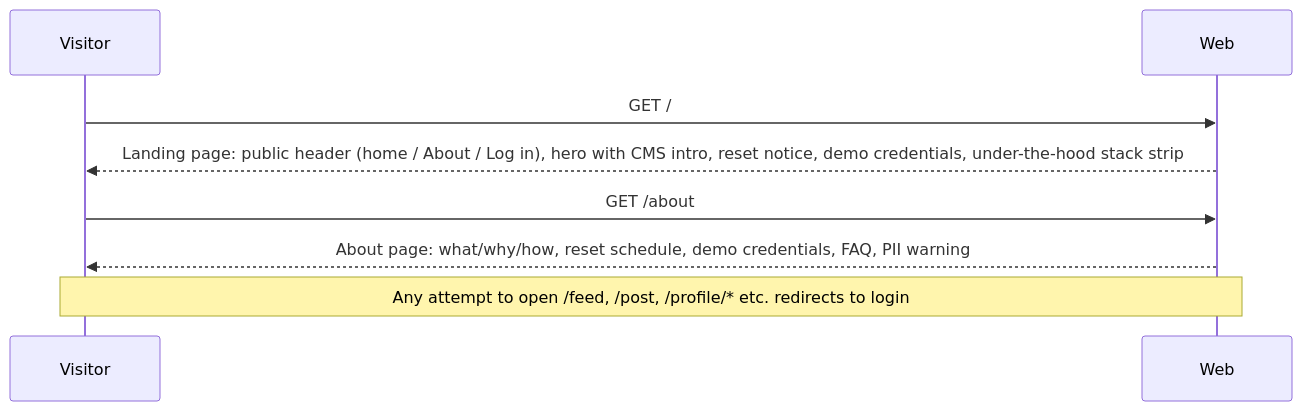
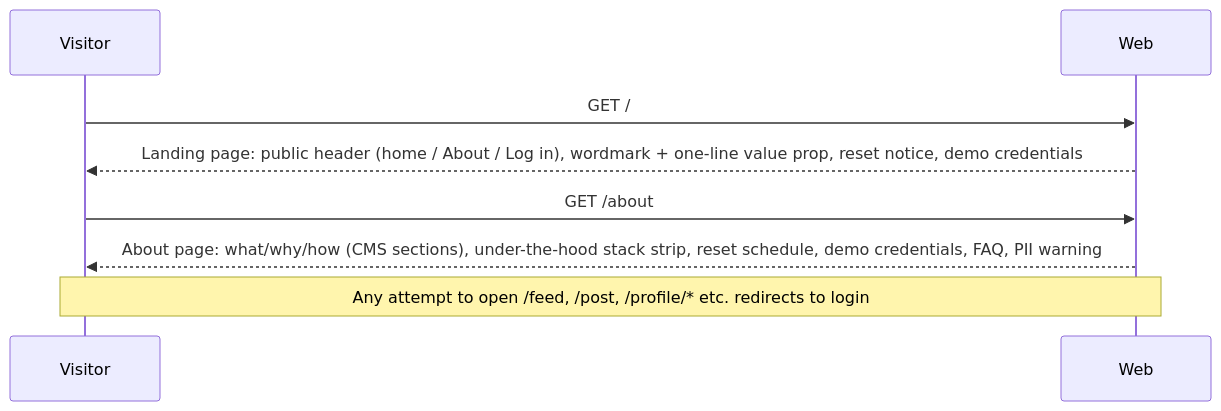
One commit to jdc-projects/xitter changed the first of 10 diagrams in docs/specs/product/03-user-flows.md. Above: the diagram before and after it, drawn with Mermaid. The commit also changed 31 other files, not shown here.

First line of the commit message:
feat(web,cms): landing/About content consolidation (#153)

````diff
--- a/docs/specs/product/03-user-flows.md
+++ b/docs/specs/product/03-user-flows.md
@@ -7,10 +7,10 @@
 ```mermaid
 sequenceDiagram
     participant V as Visitor
     participant W as Web
     V->>W: GET /
-    W-->>V: Landing page: public header (home / About / Log in), hero with CMS intro, reset notice, demo credentials, under-the-hood stack strip
+    W-->>V: Landing page: public header (home / About / Log in), wordmark + one-line value prop, reset notice, demo credentials
     V->>W: GET /about
-    W-->>V: About page: what/why/how, reset schedule, demo credentials, FAQ, PII warning
+    W-->>V: About page: what/why/how (CMS sections), under-the-hood stack strip, reset schedule, demo credentials, FAQ, PII warning
     Note over V,W: Any attempt to open /feed, /post, /profile/* etc. redirects to login
 ```
````
